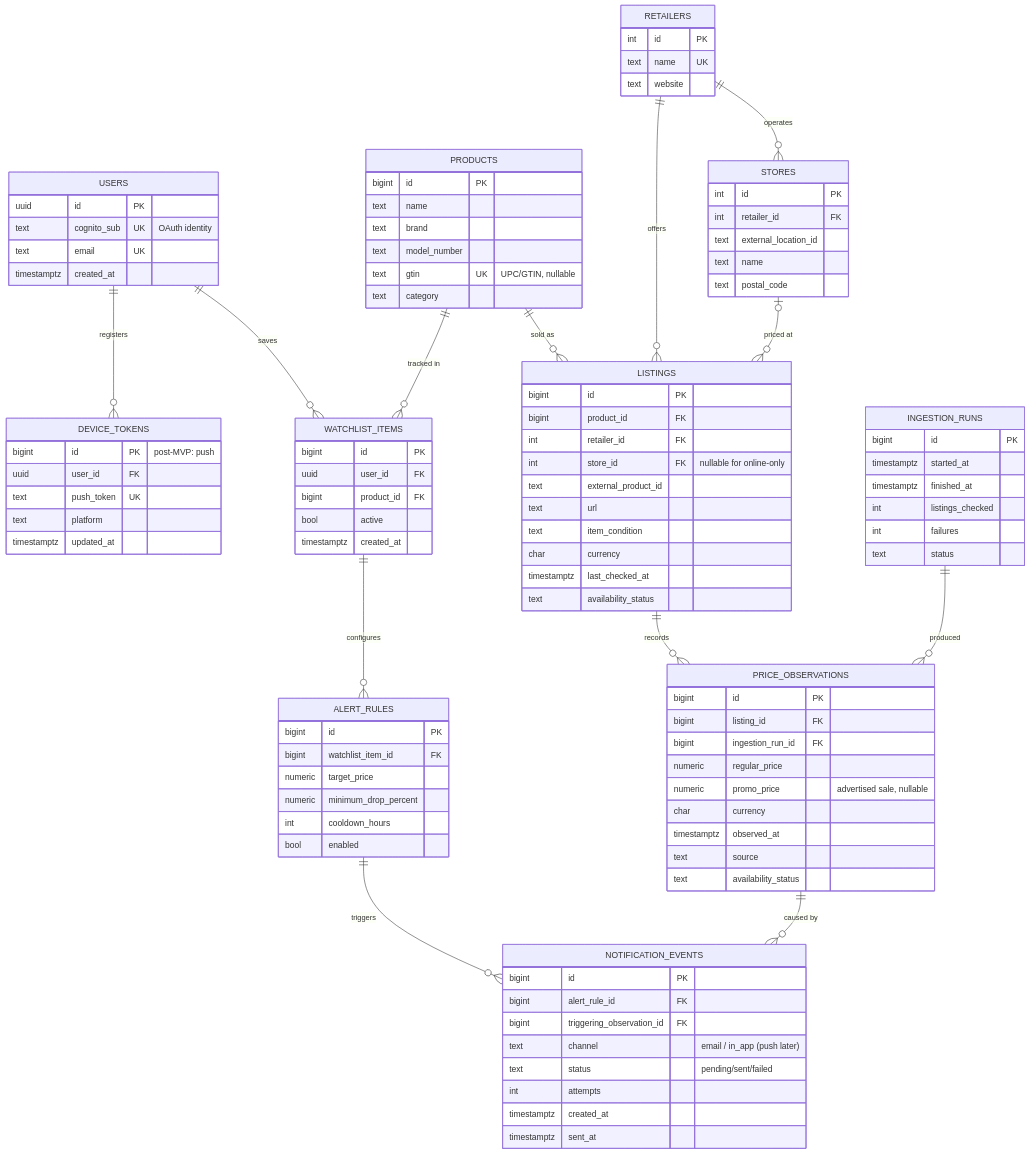
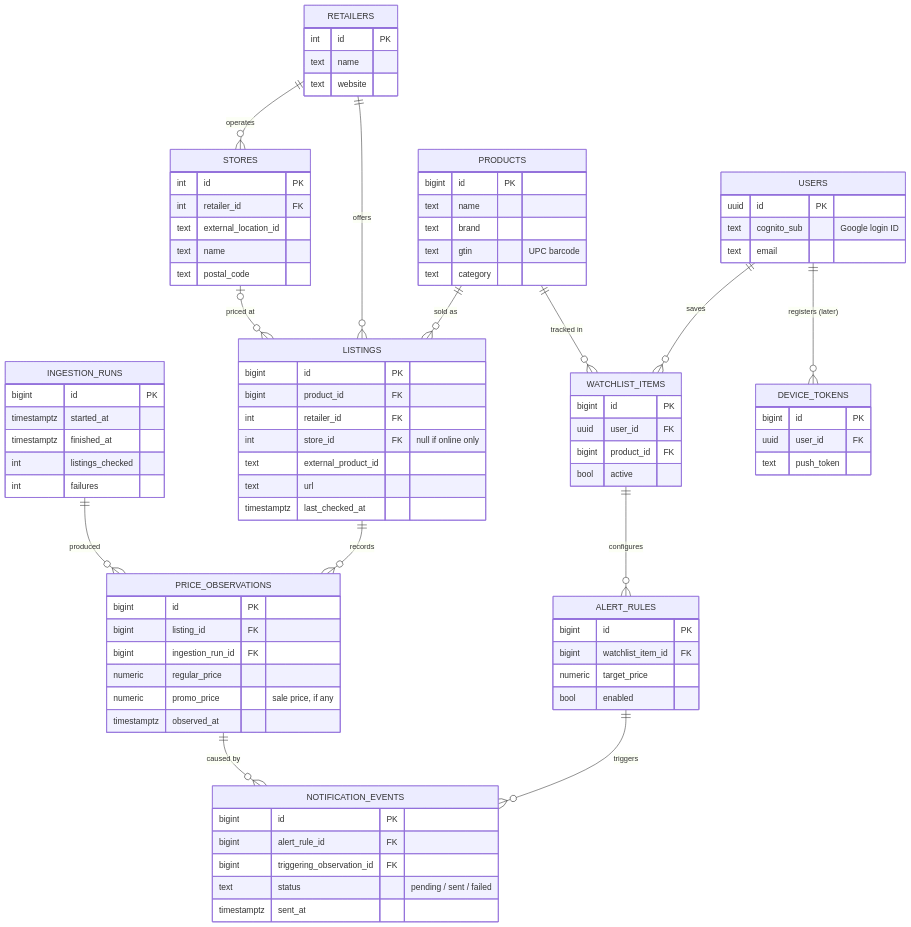
One commit to madalynkeyes/tagvello changed the diagram in README.md. Above: the diagram before and after it, drawn with Mermaid. The commit also changed other lines of this file and 5 other files, not shown here.

First line of the commit message:
Initial design: project summary, UI mockup, system diagram, ERD walkthrough, daily plan

````diff
--- a/README.md
+++ b/README.md
@@ -104,35 +106,28 @@
 ```mermaid
 erDiagram
-    USERS ||--o{ WATCHLIST_ITEMS : saves
-    USERS ||--o{ DEVICE_TOKENS : registers
+    RETAILERS ||--o{ STORES : operates
     PRODUCTS ||--o{ LISTINGS : "sold as"
-    RETAILERS ||--o{ STORES : operates
     RETAILERS ||--o{ LISTINGS : offers
     STORES |o--o{ LISTINGS : "priced at"
     LISTINGS ||--o{ PRICE_OBSERVATIONS : records
+    INGESTION_RUNS ||--o{ PRICE_OBSERVATIONS : produced
+    USERS ||--o{ WATCHLIST_ITEMS : saves
     PRODUCTS ||--o{ WATCHLIST_ITEMS : "tracked in"
     WATCHLIST_ITEMS ||--o{ ALERT_RULES : configures
     ALERT_RULES ||--o{ NOTIFICATION_EVENTS : triggers
     PRICE_OBSERVATIONS ||--o{ NOTIFICATION_EVENTS : "caused by"
-    INGESTION_RUNS ||--o{ PRICE_OBSERVATIONS : produced
+    USERS ||--o{ DEVICE_TOKENS : "registers (later)"
 
-    USERS {
-        uuid id PK
-        text cognito_sub UK "OAuth identity"
-        text email UK
-        timestamptz created_at
-    }
     PRODUCTS {
         bigint id PK
         text name
         text brand
-        text model_number
-        text gtin UK "UPC/GTIN, nullable"
+        text gtin "UPC barcode"
         text category
     }
     RETAILERS {
         int id PK
-        text name UK
+        text name
         text website
     }
     STORES {
@@ -146,56 +141,18 @@
         bigint id PK
         bigint product_id FK
         int retailer_id FK
-        int store_id FK "nullable for online-only"
+        int store_id FK "null if online only"
         text external_product_id
         text url
-        text item_condition
-        char currency
         timestamptz last_checked_at
-        text availability_status
     }
     PRICE_OBSERVATIONS {
         bigint id PK
         bigint listing_id FK
         bigint ingestion_run_id FK
         numeric regular_price
-        numeric promo_price "advertised sale, nullable"
-        char currency
+        numeric promo_price "sale price, if any"
         timestamptz observed_at
-        text source
-        text availability_status
-    }
-    WATCHLIST_ITEMS {
-        bigint id PK
-        uuid user_id FK
-        bigint product_id FK
-        bool active
-        timestamptz created_at
-    }
-    ALERT_RULES {
-        bigint id PK
-        bigint watchlist_item_id FK
-        numeric target_price
-        numeric minimum_drop_percent
-        int cooldown_hours
-        bool enabled
-    }
-    NOTIFICATION_EVENTS {
-        bigint id PK
-        bigint alert_rule_id FK
-        bigint triggering_observation_id FK
-        text channel "email / in_app (push later)"
-        text status "pending/sent/failed"
-        int attempts
-        timestamptz created_at
-        timestamptz sent_at
-    }
-    DEVICE_TOKENS {
-        bigint id PK "post-MVP: push"
-        uuid user_id FK
-        text push_token UK
-        text platform
-        timestamptz updated_at
     }
     INGESTION_RUNS {
         bigint id PK
@@ -203,6 +160,34 @@
         timestamptz finished_at
         int listings_checked
         int failures
-        text status
+    }
+    USERS {
+        uuid id PK
+        text cognito_sub "Google login ID"
+        text email
+    }
+    WATCHLIST_ITEMS {
+        bigint id PK
+        uuid user_id FK
+        bigint product_id FK
+        bool active
+    }
+    ALERT_RULES {
+        bigint id PK
+        bigint watchlist_item_id FK
+        numeric target_price
+        bool enabled
+    }
+    NOTIFICATION_EVENTS {
+        bigint id PK
+        bigint alert_rule_id FK
+        bigint triggering_observation_id FK
+        text status "pending / sent / failed"
+        timestamptz sent_at
+    }
+    DEVICE_TOKENS {
+        bigint id PK
+        uuid user_id FK
+        text push_token
     }
 ```
````
